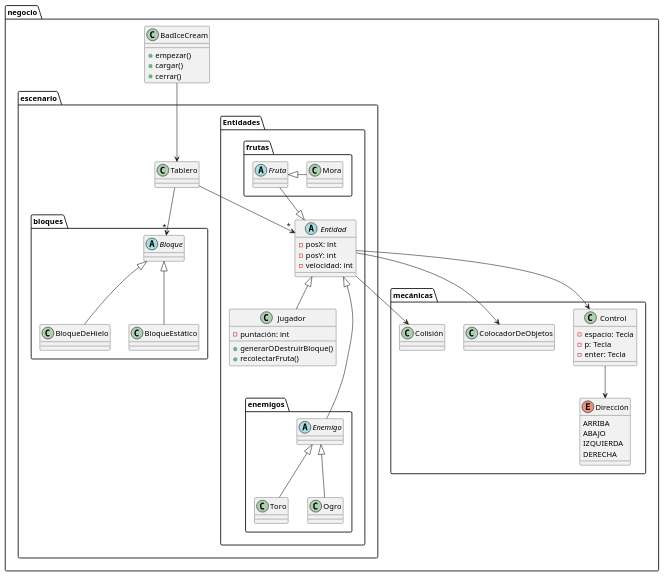
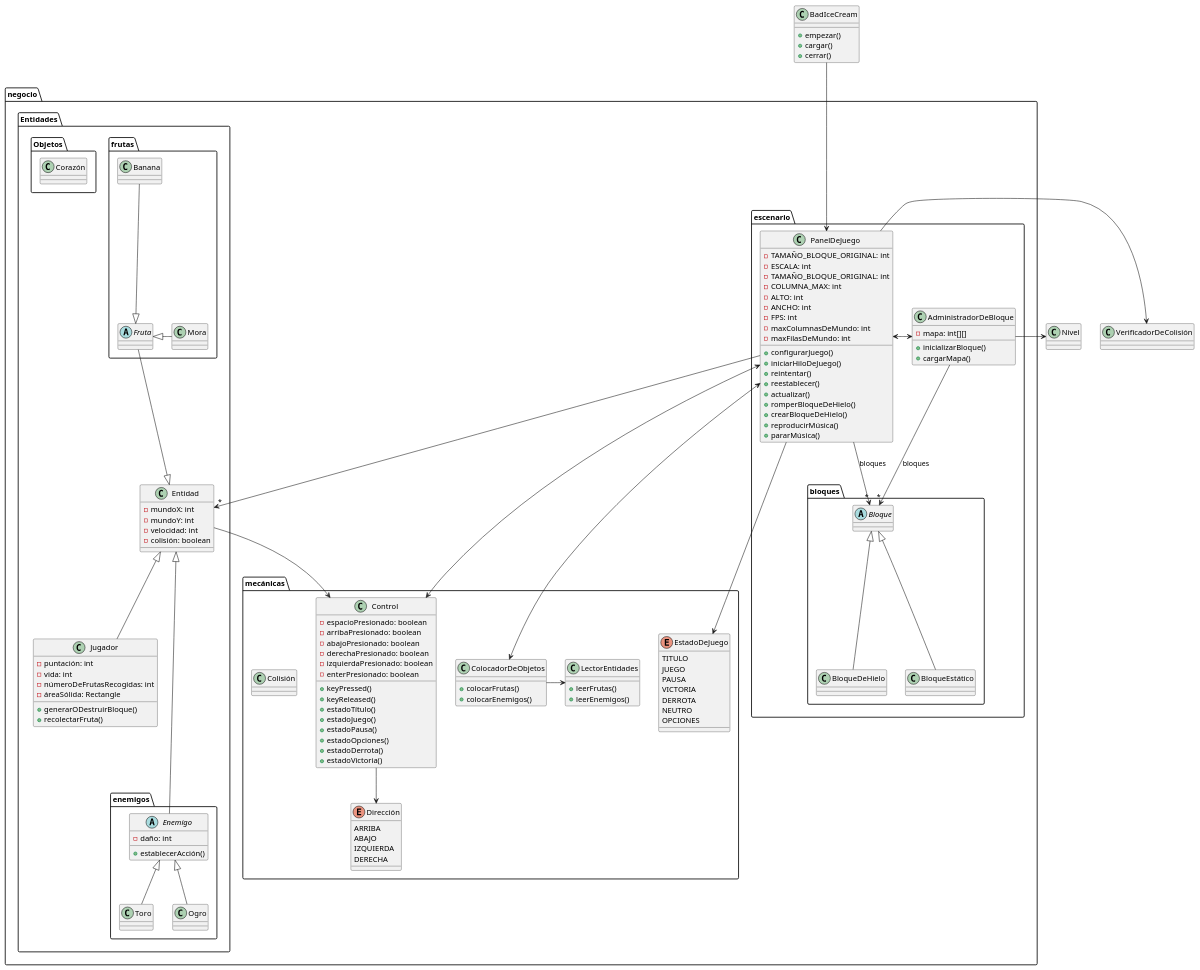
Before and after one commit to Ju-an-CF/Proyecto-BadIceCream: the diagram in src/Proyecto.puml, drawn with PlantUML. The commit also changed 209 other files, not shown here.

Commit message:
Separando la lógica de la interfaz gráfica y datos, mejorando UML

```diff
--- a/src/Proyecto.puml
+++ b/src/Proyecto.puml
@@ -1,76 +1,147 @@
 @startuml
+class BadIceCream {
+    +empezar()
+    +cargar()
+    +cerrar()
+}
 package negocio {
+package Entidades {
+    class Entidad {
+    -mundoX: int
+    -mundoY: int
+    -velocidad: int
+    -colisión: boolean
+    }
+    class Jugador {
+    -puntación: int
+    -vida: int
+    -númeroDeFrutasRecogidas: int
+    -áreaSólida: Rectangle
+    +generarODestruirBloque()
+    +recolectarFruta()
+    }
+package enemigos {
+    abstract class Enemigo {
+    -daño: int
+    +establecerAcción()
+    }
+    class Toro {}
+    class Ogro {}
+}
+
+package frutas {
+    abstract class Fruta {}
+    class Mora {}
+    class Banana {}
+}
+package Objetos {
+    class Corazón
+}
+}
+package escenario {
+    class AdministradorDeBloque {
+    -mapa: int[][]
+    +inicializarBloque()
+    +cargarMapa()
+    }
+    class PanelDeJuego {
+    -TAMAÑO_BLOQUE_ORIGINAL: int
+    -ESCALA: int
+    -TAMAÑO_BLOQUE_ORIGINAL: int
+    -COLUMNA_MAX: int
+    -ALTO: int
+    -ANCHO: int
+    -FPS: int
+    -maxColumnasDeMundo: int
+    -maxFilasDeMundo: int
+    +configurarJuego()
+    +iniciarHiloDeJuego()
+    +reintentar()
+    +reestablecer()
+    +actualizar()
+    +romperBloqueDeHielo()
+    +crearBloqueDeHielo()
+    +reproducirMúsica()
+    +pararMúsica()
+
+    }
+
+package bloques {
+    abstract class Bloque {}
+    class BloqueDeHielo {}
+    class BloqueEstático {}
+}
+}
 package mecánicas {
     class Control {
-    -espacio: Tecla
-    -p: Tecla
-    -enter: Tecla
+    -espacioPresionado: boolean
+    -arribaPresionado: boolean
+    -abajoPresionado: boolean
+    -derechaPresionado: boolean
+    -izquierdaPresionado: boolean
+    -enterPresionado: boolean
+    +keyPressed()
+    +keyReleased()
+    +estadoTítulo()
+    +estadoJuego()
+    +estadoPausa()
+    +estadoOpciones()
+    +estadoDerrota()
+    +estadoVictoria()
     }
     enum Dirección {
     ARRIBA
     ABAJO
     IZQUIERDA
     DERECHA
     }
-    class ColocadorDeObjetos {}
+    enum EstadoDeJuego {
+    TITULO
+    JUEGO
+    PAUSA
+    VICTORIA
+    DERROTA
+    NEUTRO
+    OPCIONES
+    }
+    class ColocadorDeObjetos {
+    +colocarFrutas()
+    +colocarEnemigos()
+    }
+    class LectorEntidades {
+    +leerFrutas()
+    +leerEnemigos()
+    }
     class Colisión {}
 }
 
-package escenario {
-    class Tablero {}
-
-package bloques {
-    abstract class Bloque {}
-    class BloqueDeHielo {}
-    class BloqueEstático {}
 }
 
-package Entidades {
-    abstract class Entidad {
-    -posX: int
-    -posY: int
-    -velocidad: int
-    }
-    class Jugador {
-    -puntación: int
-    +generarODestruirBloque()
-    +recolectarFruta()
-    }
-package enemigos {
-    abstract class Enemigo {}
-    class Toro {}
-    class Ogro {}
-}
-
-package frutas {
-    abstract class Fruta {}
-    class Mora {}
-}
-}
-}
-class BadIceCream {
-    +empezar()
-    +cargar()
-    +cerrar()
-}
-}
-
-BadIceCream --> Tablero
-Tablero --> "*" Entidad
+BadIceCream -down--> PanelDeJuego
 Bloque <|-- BloqueEstático
 Bloque <|-- BloqueDeHielo
-Tablero --> "*" Bloque
 
 Entidad <|-down-Jugador
 Entidad <|-down--Enemigo
 Entidad <|-up- Fruta
 Fruta <|- Mora
+Fruta <|-up- Banana
 Enemigo <|-- Toro
 Enemigo <|-- Ogro
+AdministradorDeBloque <-> PanelDeJuego
+AdministradorDeBloque -> Nivel
+AdministradorDeBloque -> "*" Bloque: bloques
+
+PanelDeJuego <-> Control
+PanelDeJuego --> "*" Entidad
+PanelDeJuego --> "*" Bloque: bloques
+PanelDeJuego -> VerificadorDeColisión
+PanelDeJuego <-> ColocadorDeObjetos
+PanelDeJuego -> EstadoDeJuego
+
+ColocadorDeObjetos -> LectorEntidades
 
 Control --> Dirección
 Entidad --> Control
-Entidad --> ColocadorDeObjetos
-Entidad --> Colisión
 
 @enduml
```
